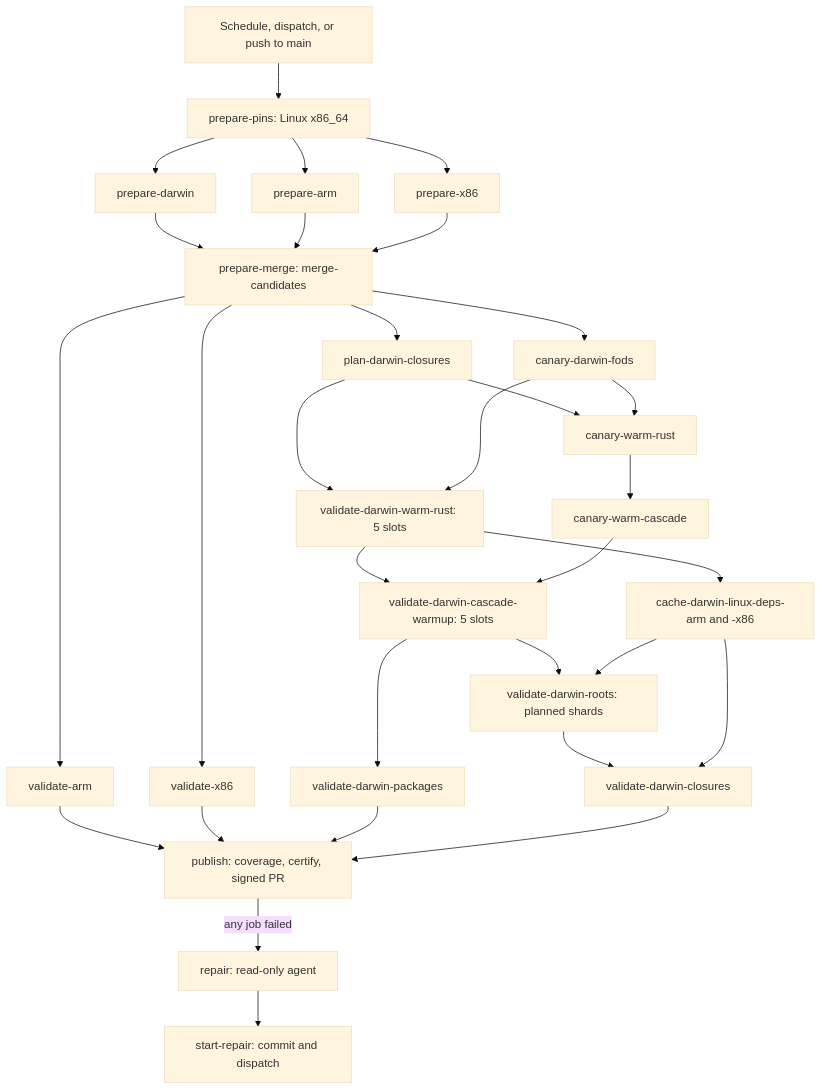
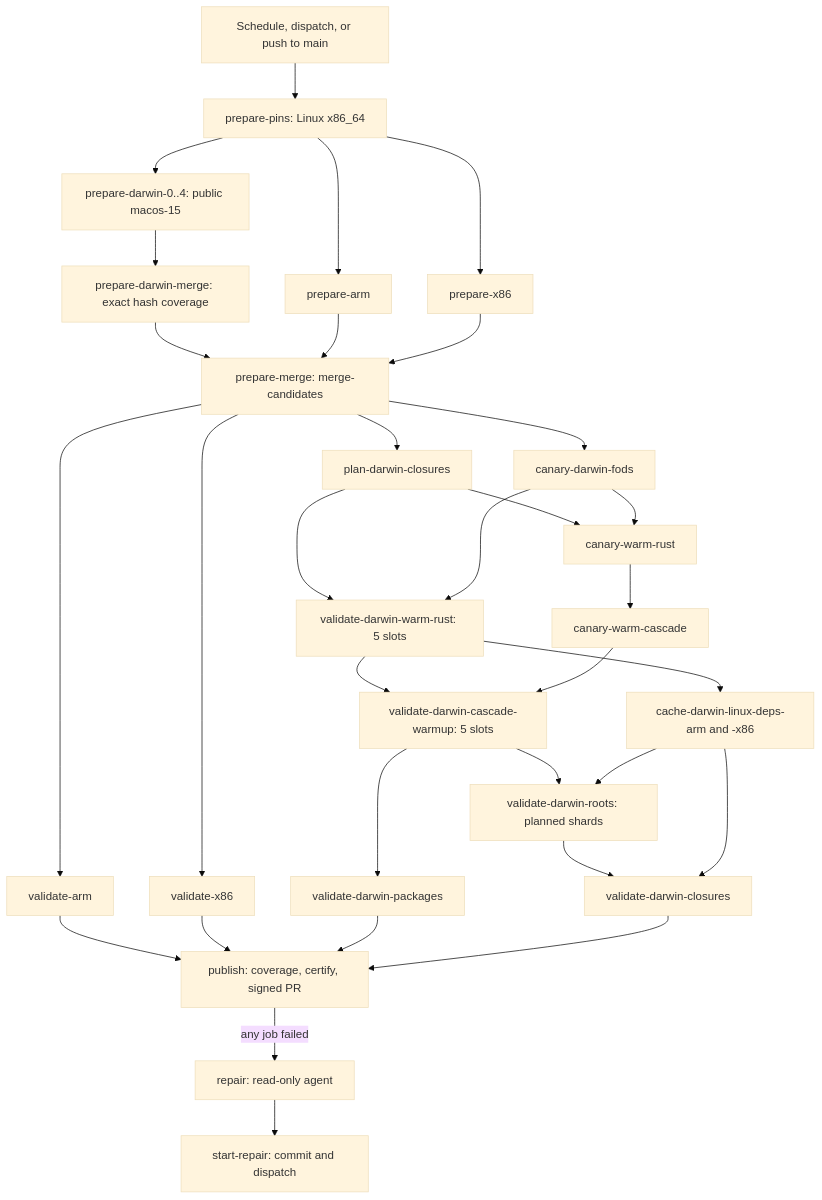
The diagram in docs/update/ci.md (gkze/nixcfg), drawn with Mermaid (base theme) before and after one commit. The commit also changed other lines of this file and 20 other files, not shown here.

````diff
--- a/docs/update/ci.md
+++ b/docs/update/ci.md
@@ -22,33 +22,34 @@
 ```mermaid
 flowchart TD
   Trigger[Schedule, dispatch, or push to main] --> PINS[prepare-pins: Linux x86_64]
-  PINS --> PD[prepare-darwin]
+  PINS --> PD[prepare-darwin-0..4: public macos-15]
   PINS --> PA[prepare-arm]
   PINS --> PX[prepare-x86]
-  PD --> MERGE[prepare-merge: merge-candidates]
+  PD --> DM[prepare-darwin-merge: exact hash coverage]
+  DM --> MERGE[prepare-merge: merge-candidates]
   PA --> MERGE
   PX --> MERGE
   MERGE --> VA[validate-arm]
   MERGE --> VX[validate-x86]
   MERGE --> PLAN[plan-darwin-closures]
   MERGE --> FODS[canary-darwin-fods]
   PLAN --> RUST[validate-darwin-warm-rust: 5 slots]
   FODS --> RUST
   PLAN --> CR[canary-warm-rust]
   FODS --> CR
   CR --> CC[canary-warm-cascade]
   RUST --> CASCADE[validate-darwin-cascade-warmup: 5 slots]
   CC --> CASCADE
   RUST --> DEPS[cache-darwin-linux-deps-arm and -x86]
   CASCADE --> PKG[validate-darwin-packages]
   CASCADE --> ROOTS[validate-darwin-roots: planned shards]
   DEPS --> ROOTS
   ROOTS --> CLOS[validate-darwin-closures]
   DEPS --> CLOS
   VA --> PUB[publish: coverage, certify, signed PR]
   VX --> PUB
   PKG --> PUB
   CLOS --> PUB
   PUB -->|any job failed| REPAIR[repair: read-only agent]
   REPAIR --> START[start-repair: commit and dispatch]
 ```
````
